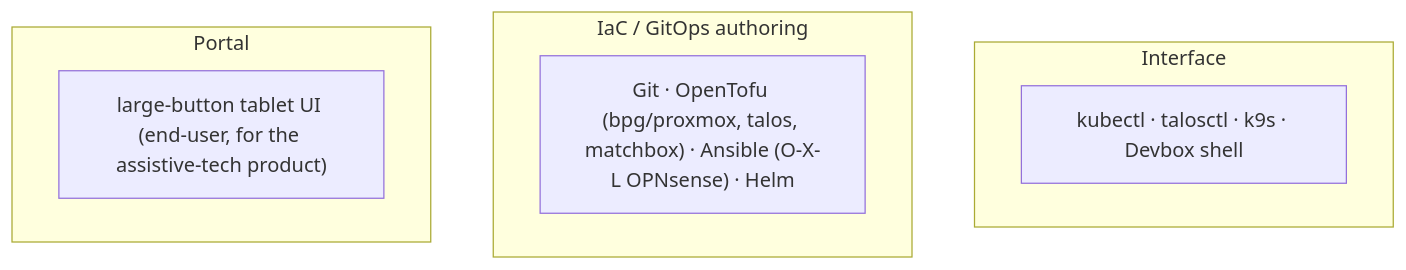
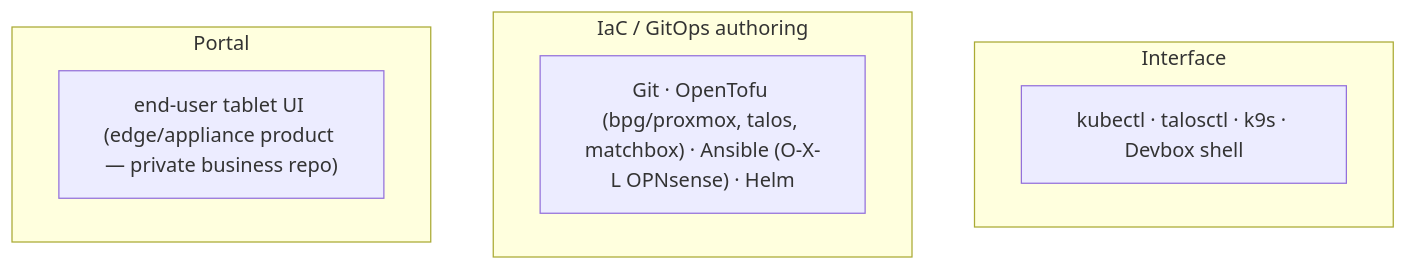
Before and after one commit to teststuffstash/homelab: the second of 6 diagrams in ARCHITECTURE.md, drawn with Mermaid. The commit also changed other lines of this file and 33 other files, not shown here.

````diff
--- a/ARCHITECTURE.md
+++ b/ARCHITECTURE.md
@@ -44,12 +44,12 @@
 ```mermaid
 flowchart TB
     subgraph IF["Interface"]
         A["kubectl · talosctl · k9s · Devbox shell"]
     end
     subgraph IAC["IaC / GitOps authoring"]
         B["Git · OpenTofu (bpg/proxmox, talos, matchbox) · Ansible (O-X-L OPNsense) · Helm"]
     end
     subgraph PORTAL["Portal"]
-        C["large-button tablet UI (end-user, for the assistive-tech product)"]
+        C["end-user tablet UI (edge/appliance product — private business repo)"]
     end
 ```
````
